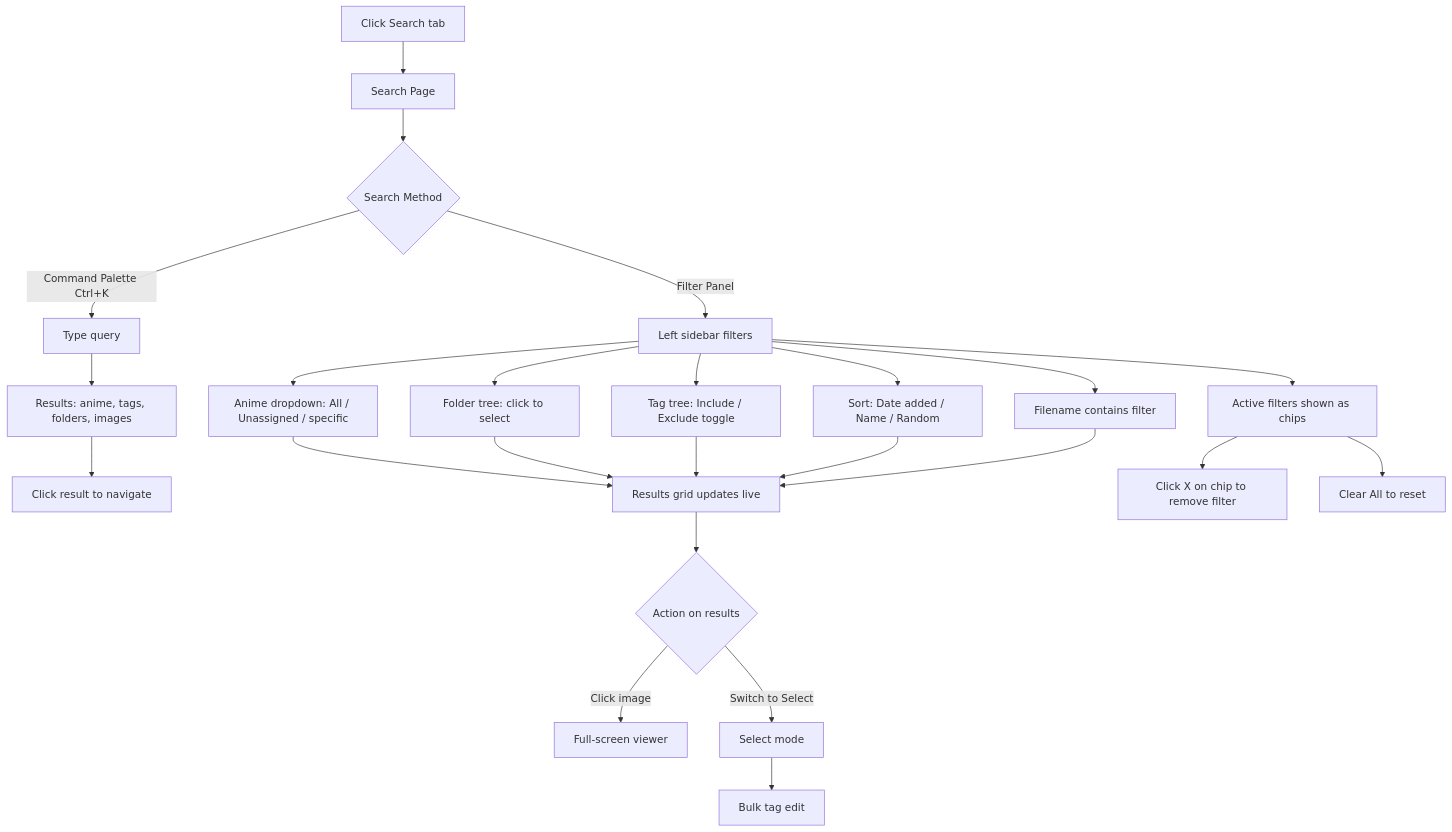
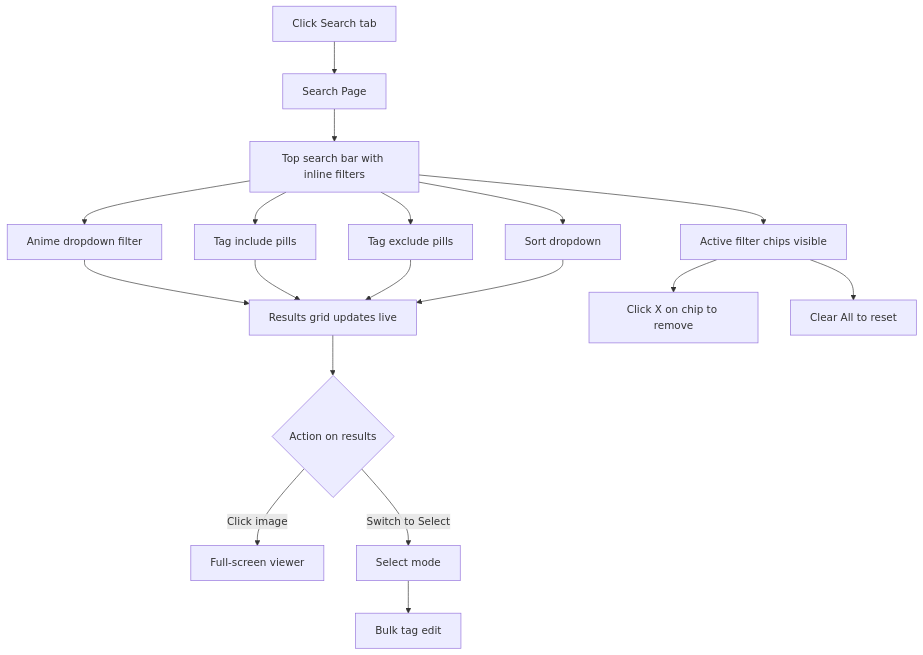
The fifth of 8 diagrams in docs/content/ux-redesign/_index.md (michael-freling/anime-image-viewer), drawn with Mermaid before and after one commit. The commit also changed other lines of this file and 55 other files, not shown here.

````diff
--- a/docs/content/ux-redesign/_index.md
+++ b/docs/content/ux-redesign/_index.md
@@ -171,31 +194,24 @@
 ```mermaid
 flowchart TD
     A[Click Search tab] --> B[Search Page]
-    B --> C{Search Method}
+    B --> C[Top search bar with inline filters]
 
-    C -->|Command Palette Ctrl+K| D[Type query]
-    D --> E[Results: anime, tags, folders, images]
-    E --> F[Click result to navigate]
+    C --> D[Anime dropdown filter]
+    C --> E[Tag include pills]
+    C --> F[Tag exclude pills]
+    C --> G[Sort dropdown]
 
-    C -->|Filter Panel| G[Left sidebar filters]
-    G --> H[Anime dropdown: All / Unassigned / specific]
-    G --> I[Folder tree: click to select]
-    G --> J[Tag tree: Include / Exclude toggle]
-    G --> K[Sort: Date added / Name / Random]
-    G --> L[Filename contains filter]
+    D --> H[Results grid updates live]
+    E --> H
+    F --> H
+    G --> H
 
-    H --> M[Results grid updates live]
-    I --> M
-    J --> M
-    K --> M
-    L --> M
+    H --> I{Action on results}
+    I -->|Click image| J[Full-screen viewer]
+    I -->|Switch to Select| K[Select mode]
+    K --> L[Bulk tag edit]
 
-    M --> N{Action on results}
-    N -->|Click image| O[Full-screen viewer]
-    N -->|Switch to Select| P[Select mode]
-    P --> Q[Bulk tag edit]
-
-    G --> R[Active filters shown as chips]
-    R --> S[Click X on chip to remove filter]
-    R --> T[Clear All to reset]
+    C --> M[Active filter chips visible]
+    M --> N[Click X on chip to remove]
+    M --> O[Clear All to reset]
 ```
````
